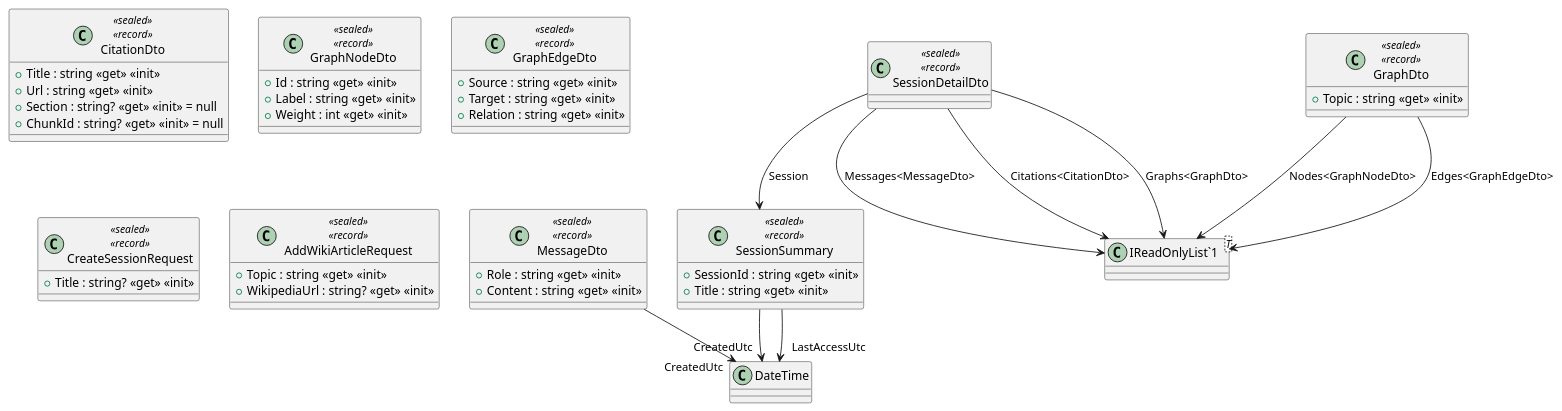
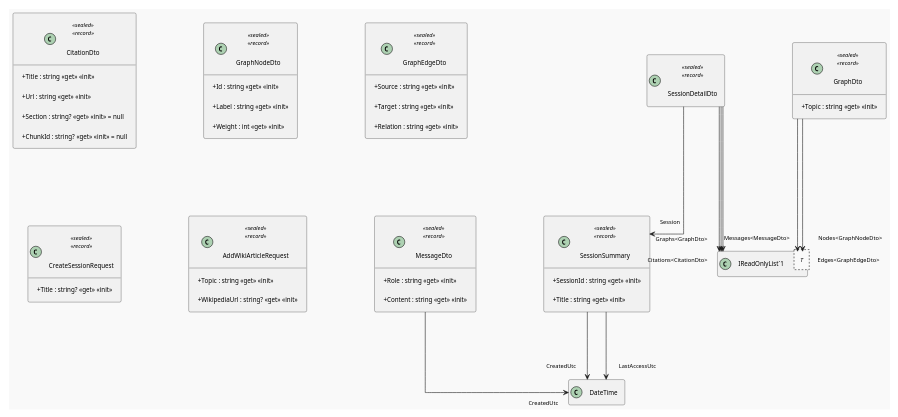
Before and after one commit to Tirth-Thakkar/WikiGraph: the diagram in uml/WikiGraph.Contracts/Models.puml, drawn with PlantUML. The commit also changed 68 other files, not shown here.

Commit message:
report ready uml

```diff
--- a/uml/WikiGraph.Contracts/Models.puml
+++ b/uml/WikiGraph.Contracts/Models.puml
@@ -1,49 +1,68 @@
 @startuml
+'
+' Detailed per-file layout for readable subdiagram renders.
+!theme mars
+scale max 1024*768
+top to bottom direction
+skinparam linetype ortho
+skinparam shadowing false
+skinparam roundCorner 6
+skinparam ranksep 120
+skinparam nodesep 120
+skinparam padding 10
+skinparam WrapWidth 520
+skinparam DefaultFontSize 12
+skinparam ClassFontSize 13
+skinparam ClassAttributeFontSize 11
+skinparam ClassStereotypeFontSize 10
+skinparam ArrowFontSize 10
+skinparam classAttributeIconSize 0
+hide empty members
 class SessionSummary <<sealed>> <<record>> {
     + SessionId : string <<get>> <<init>>
     + Title : string <<get>> <<init>>
 }
 class SessionDetailDto <<sealed>> <<record>> {
 }
 class MessageDto <<sealed>> <<record>> {
     + Role : string <<get>> <<init>>
     + Content : string <<get>> <<init>>
 }
 class CitationDto <<sealed>> <<record>> {
     + Title : string <<get>> <<init>>
     + Url : string <<get>> <<init>>
     + Section : string? <<get>> <<init>> = null
     + ChunkId : string? <<get>> <<init>> = null
 }
 class GraphNodeDto <<sealed>> <<record>> {
     + Id : string <<get>> <<init>>
     + Label : string <<get>> <<init>>
     + Weight : int <<get>> <<init>>
 }
 class GraphEdgeDto <<sealed>> <<record>> {
     + Source : string <<get>> <<init>>
     + Target : string <<get>> <<init>>
     + Relation : string <<get>> <<init>>
 }
 class GraphDto <<sealed>> <<record>> {
     + Topic : string <<get>> <<init>>
 }
 class CreateSessionRequest <<sealed>> <<record>> {
     + Title : string? <<get>> <<init>>
 }
 class AddWikiArticleRequest <<sealed>> <<record>> {
     + Topic : string <<get>> <<init>>
     + WikipediaUrl : string? <<get>> <<init>>
 }
 class "IReadOnlyList`1"<T> {
 }
 SessionSummary --> "CreatedUtc" DateTime
 SessionSummary --> "LastAccessUtc" DateTime
-SessionDetailDto --> SessionSummary : Session
-SessionDetailDto --> "IReadOnlyList`1" : Messages<MessageDto>
-SessionDetailDto --> "IReadOnlyList`1" : Citations<CitationDto>
-SessionDetailDto --> "IReadOnlyList`1" : Graphs<GraphDto>
+SessionDetailDto --> "Session" SessionSummary
+SessionDetailDto --> "Messages<MessageDto>" "IReadOnlyList`1"
+SessionDetailDto --> "Citations<CitationDto>" "IReadOnlyList`1"
+SessionDetailDto --> "Graphs<GraphDto>" "IReadOnlyList`1"
 MessageDto --> "CreatedUtc" DateTime
-GraphDto --> "IReadOnlyList`1" : Nodes<GraphNodeDto>
-GraphDto --> "IReadOnlyList`1" : Edges<GraphEdgeDto>
+GraphDto --> "Nodes<GraphNodeDto>" "IReadOnlyList`1"
+GraphDto --> "Edges<GraphEdgeDto>" "IReadOnlyList`1"
 @enduml
```
